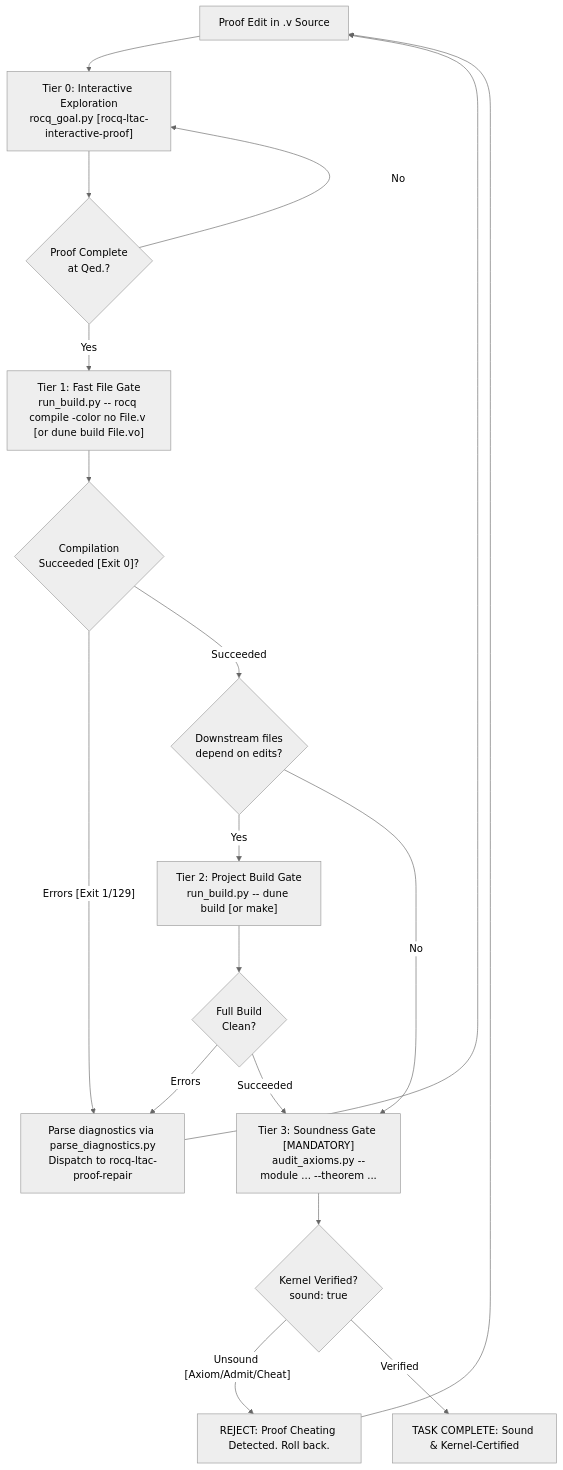
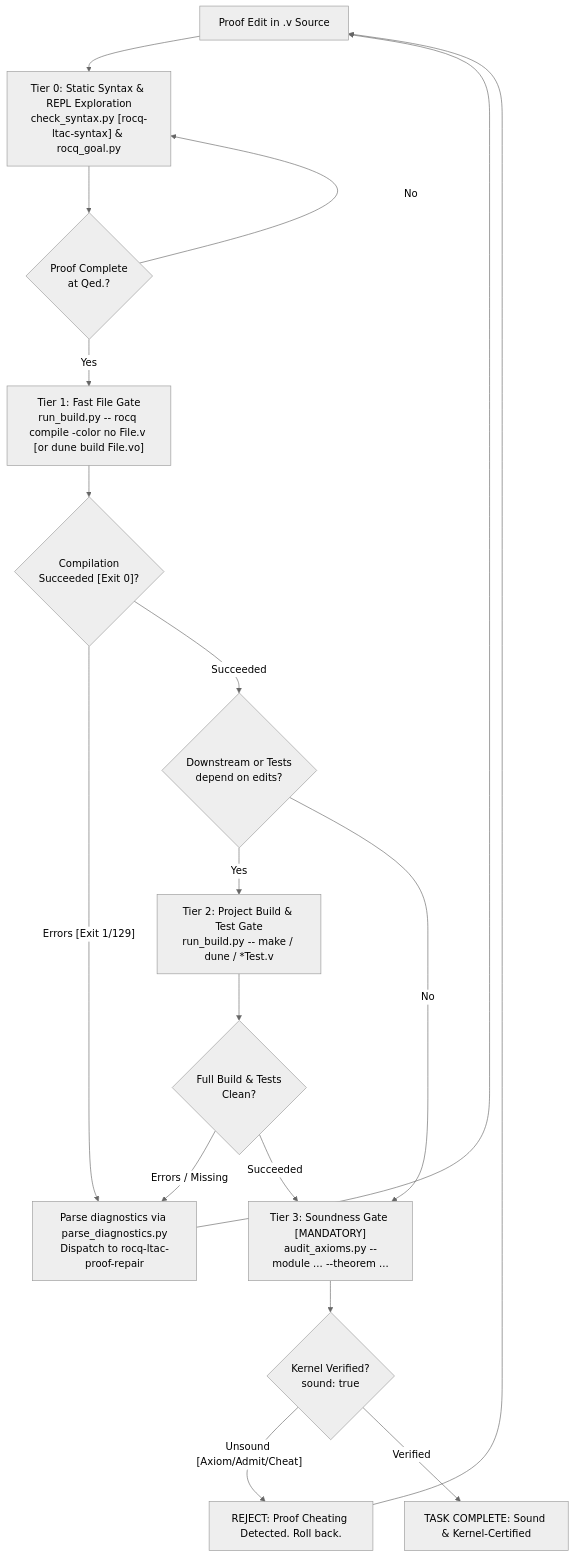
One commit to MI-1222/rocq-ltac-skills changed the diagram in skills/rocq-ltac-cli/SKILL.md. Above: the diagram before and after it, drawn with Mermaid (neutral theme). The commit also changed other lines of this file and 6 other files, not shown here.

````diff
--- a/skills/rocq-ltac-cli/SKILL.md
+++ b/skills/rocq-ltac-cli/SKILL.md
@@ -69,20 +69,20 @@
 ```mermaid
 graph TD
-  A["Proof Edit in .v Source"] --> B["Tier 0: Interactive Exploration<br/>rocq_goal.py [rocq-ltac-interactive-proof]"]
+  A["Proof Edit in .v Source"] --> B["Tier 0: Static Syntax & REPL Exploration<br/>check_syntax.py [rocq-ltac-syntax] & rocq_goal.py"]
   B --> C{"Proof Complete<br/>at Qed.?"}
   C -- "No" --> B
   C -- "Yes" --> D["Tier 1: Fast File Gate<br/>run_build.py -- rocq compile -color no File.v [or dune build File.vo]"]
   D --> E{"Compilation<br/>Succeeded [Exit 0]?"}
   E -- "Errors [Exit 1/129]" --> F["Parse diagnostics via parse_diagnostics.py<br/>Dispatch to rocq-ltac-proof-repair"]
   F --> A
-  E -- "Succeeded" --> G{"Downstream files<br/>depend on edits?"}
-  G -- "Yes" --> H["Tier 2: Project Build Gate<br/>run_build.py -- dune build [or make]"]
+  E -- "Succeeded" --> G{"Downstream or Tests<br/>depend on edits?"}
+  G -- "Yes" --> H["Tier 2: Project Build & Test Gate<br/>run_build.py -- make / dune / *Test.v"]
   G -- "No" --> J
-  H --> I{"Full Build<br/>Clean?"}
-  I -- "Errors" --> F
+  H --> I{"Full Build & Tests<br/>Clean?"}
+  I -- "Errors / Missing" --> F
   I -- "Succeeded" --> J["Tier 3: Soundness Gate [MANDATORY]<br/>audit_axioms.py --module ... --theorem ..."]
   J --> K{"Kernel Verified?<br/>sound: true"}
   K -- "Unsound [Axiom/Admit/Cheat]" --> L["REJECT: Proof Cheating Detected. Roll back."]
   L --> A
   K -- "Verified" --> M["TASK COMPLETE: Sound & Kernel-Certified"]
 ```
````
